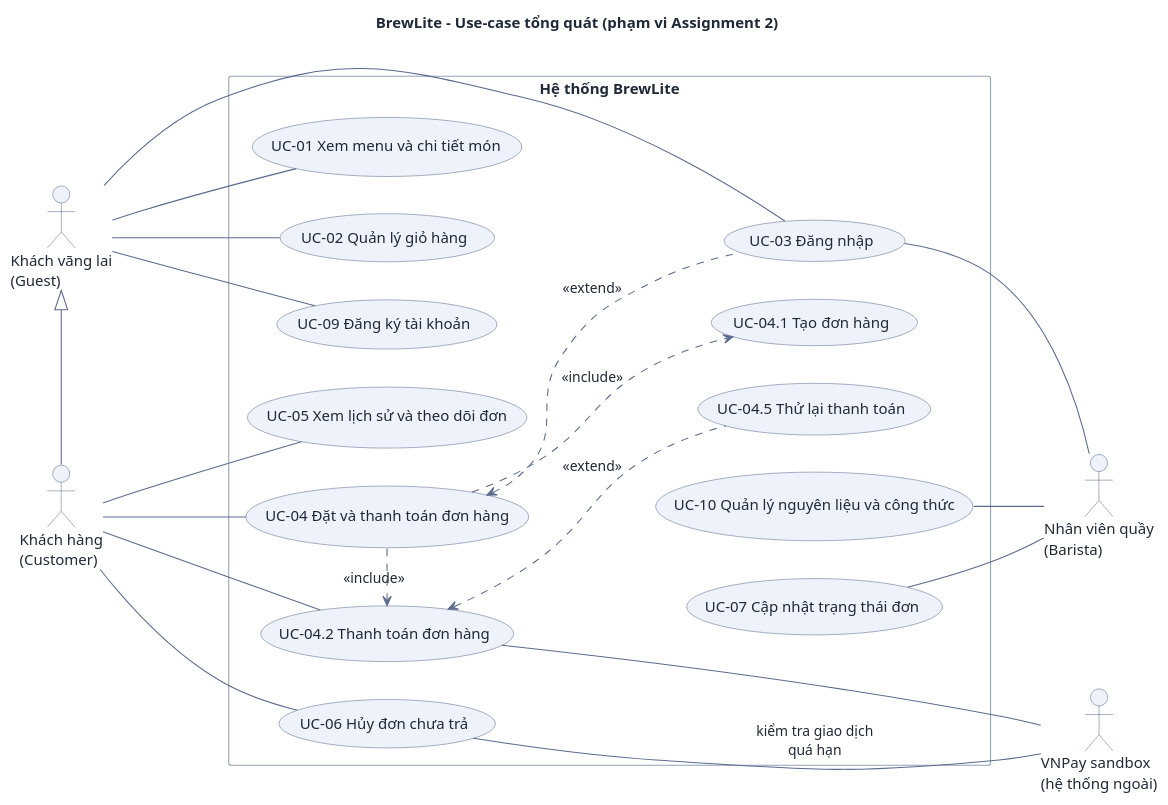
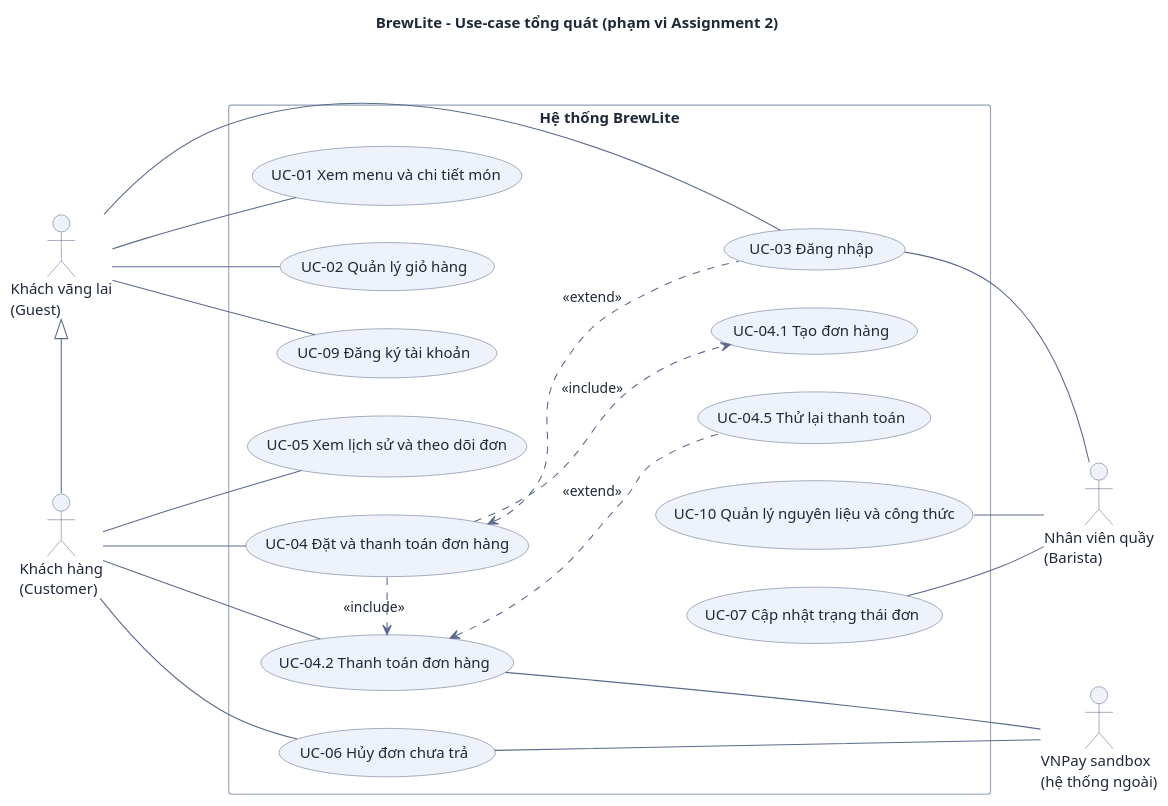
The diagram in docs/requirements/use-case-overview.puml (DuVinhLoi/BrewLite), drawn with PlantUML before and after one commit. The commit also changed 1 other file, not shown here.

Commit message:
docs(uc): drop the association label from the overview diagram

```diff
--- a/docs/requirements/use-case-overview.puml
+++ b/docs/requirements/use-case-overview.puml
@@ -1,72 +1,72 @@
 @startuml use-case-overview
 ' BrewLite A2 - Use-case diagram tong quat (de A2 3.2 muc 5). Nguon va ma yeu cau: docs/requirements/srs.md muc 2.
 skinparam DefaultFontColor #1f2937
 skinparam ArrowColor #5b6b8c
 skinparam ArrowFontColor #1f2937
 skinparam RectangleBackgroundColor #ffffff
 skinparam RectangleBorderColor #94a3b8
 skinparam ActorBackgroundColor #eef2fb
 skinparam ActorBorderColor #5b6b8c
 skinparam UsecaseBackgroundColor #eef2fb
 skinparam UsecaseBorderColor #5b6b8c
 skinparam Shadowing false
 
 left to right direction
 
 title BrewLite - Use-case tổng quát (phạm vi Assignment 2)
 
 actor "Khách vãng lai\n(Guest)" as Guest
 actor "Khách hàng\n(Customer)" as Customer
 actor "Nhân viên quầy\n(Barista)" as Barista
 actor "VNPay sandbox\n(hệ thống ngoài)" as Pay
 
 rectangle "Hệ thống BrewLite" {
   usecase "UC-01 Xem menu và chi tiết món" as UC01
   usecase "UC-02 Quản lý giỏ hàng" as UC02
   usecase "UC-09 Đăng ký tài khoản" as UC09
   usecase "UC-03 Đăng nhập" as UC03
   usecase "UC-04 Đặt và thanh toán đơn hàng" as UC04
   usecase "UC-04.1 Tạo đơn hàng" as UC041
   usecase "UC-04.2 Thanh toán đơn hàng" as UC042
   usecase "UC-04.5 Thử lại thanh toán" as UC045
   usecase "UC-06 Hủy đơn chưa trả" as UC06
   usecase "UC-05 Xem lịch sử và theo dõi đơn" as UC05
   usecase "UC-07 Cập nhật trạng thái đơn" as UC07
   usecase "UC-10 Quản lý nguyên liệu và công thức" as UC10
 }
 
 Guest <|- Customer
 
 Guest --- UC01
 Guest --- UC02
 Guest --- UC09
 Guest ---- UC03
 
 Customer --- UC04
 Customer --- UC042
 Customer --- UC06
 Customer --- UC05
 
 UC04 <.. UC03 : <<extend>>
 UC04 .> UC042 : <<include>>
 UC04 ..> UC041 : <<include>>
 UC042 <.. UC045 : <<extend>>
 
 UC01 -[hidden]> UC02
 UC02 -[hidden]> UC09
 UC09 -[hidden]> UC04
 UC042 -[hidden]> UC06
 UC06 -[hidden]> UC05
 
 UC07 -- Barista
 UC10 -- Barista
 UC07 -[hidden]> UC10
 UC10 -[hidden]> UC03
 UC03 -- Barista
 UC03 -[hidden]> UC041
 UC041 -[hidden]> UC045
 
 UC042 --- Pay
-UC06 --- Pay : kiểm tra giao dịch\nquá hạn
+UC06 --- Pay
 
 @enduml
```
